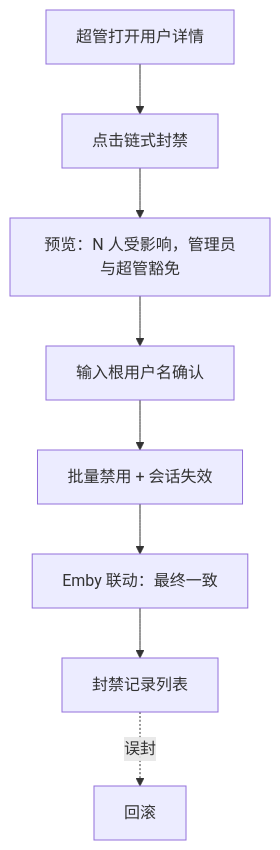
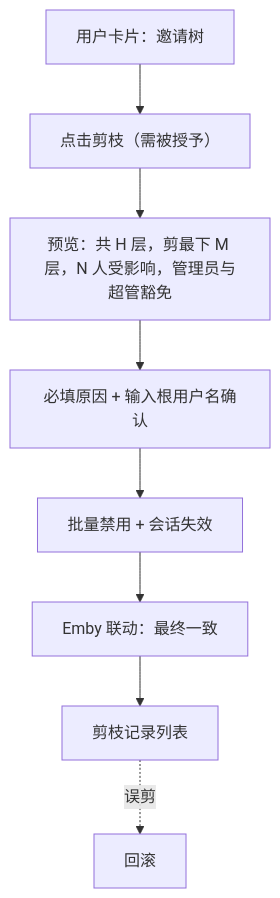
The fifth of 6 diagrams in docs/prd/flows.md (PiliPili-Team/ems), drawn with Mermaid before and after one commit. The commit also changed other lines of this file and 14 other files, not shown here.

````diff
--- a/docs/prd/flows.md
+++ b/docs/prd/flows.md
@@ -71,10 +71,10 @@
 ```mermaid
 flowchart TD
-    A["超管打开用户详情"] --> B["点击链式封禁"]
-    B --> C["预览：N 人受影响，管理员与超管豁免"]
-    C --> D["输入根用户名确认"]
+    A["用户卡片：邀请树"] --> B["点击剪枝（需被授予）"]
+    B --> C["预览：共 H 层，剪最下 M 层，N 人受影响，管理员与超管豁免"]
+    C --> D["必填原因 + 输入根用户名确认"]
     D --> E["批量禁用 + 会话失效"]
     E --> F["Emby 联动：最终一致"]
-    F --> G["封禁记录列表"]
-    G -.误封.-> H["回滚"]
+    F --> G["剪枝记录列表"]
+    G -.误剪.-> H["回滚"]
 ```
````
